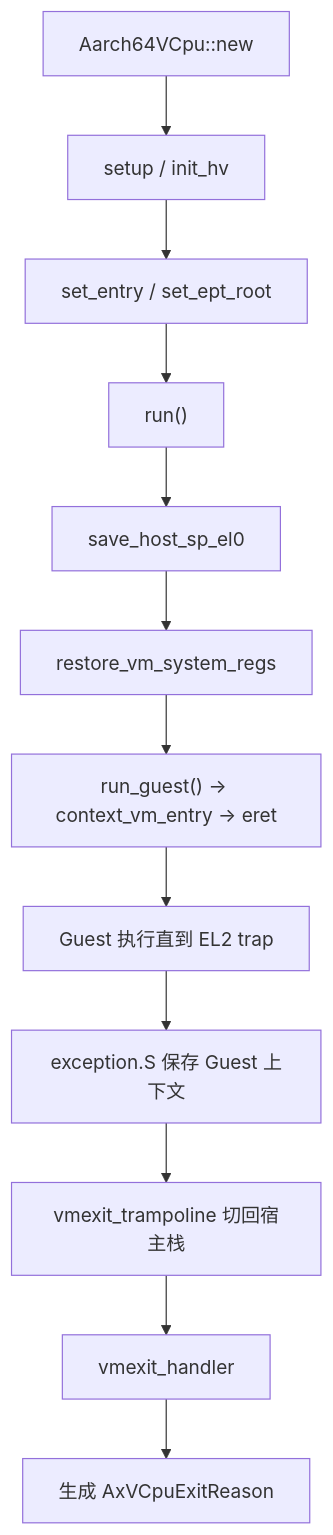
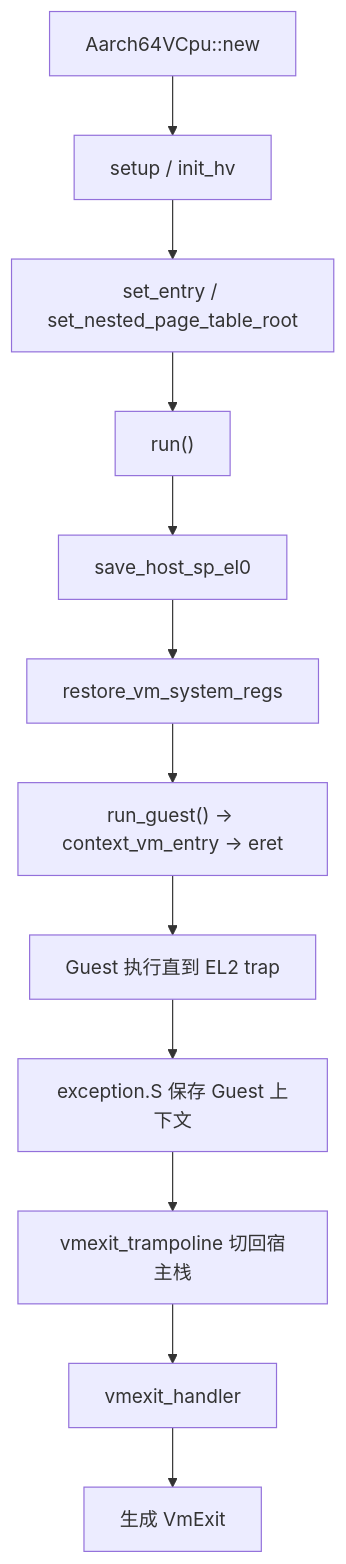
One commit to rcore-os/tgoskits changed the first of 3 diagrams in docs/docs/components/crates/arm-vcpu.md. Above: the diagram before and after it, drawn with Mermaid. The commit also changed other lines of this file and 71 other files, not shown here.

````diff
--- a/docs/docs/components/crates/arm-vcpu.md
+++ b/docs/docs/components/crates/arm-vcpu.md
@@ -48,14 +48,14 @@
 ```mermaid
 flowchart TD
     A["Aarch64VCpu::new"] --> B["setup / init_hv"]
-    B --> C["set_entry / set_ept_root"]
+    B --> C["set_entry / set_nested_page_table_root"]
     C --> D["run()"]
     D --> E["save_host_sp_el0"]
     E --> F["restore_vm_system_regs"]
     F --> G["run_guest() -> context_vm_entry -> eret"]
     G --> H["Guest 执行直到 EL2 trap"]
     H --> I["exception.S 保存 Guest 上下文"]
     I --> J["vmexit_trampoline 切回宿主栈"]
     J --> K["vmexit_handler"]
-    K --> L["生成 AxVCpuExitReason"]
+    K --> L["生成 VmExit"]
 ```
````
